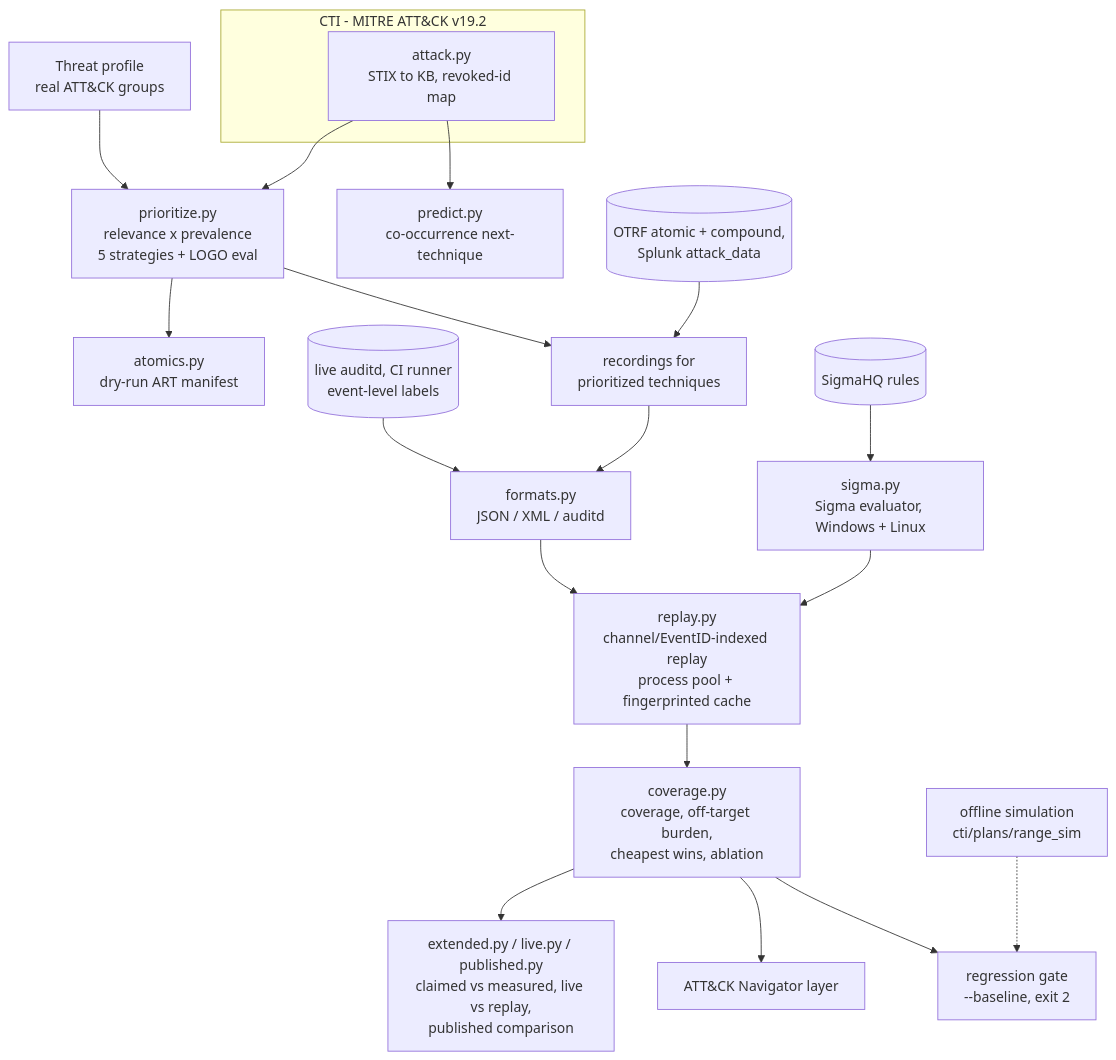
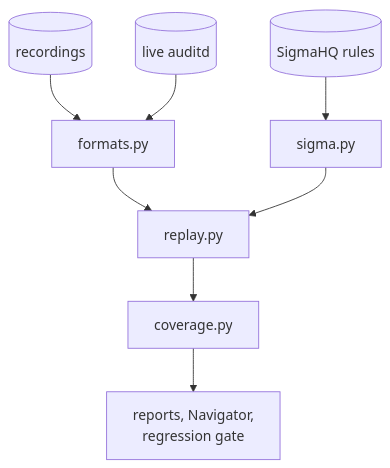
The second of 2 diagrams in README.md (rakshit-737/gauntlet), drawn with Mermaid before and after one commit. The commit also changed other lines of this file, not shown here.

Commit message:
docs(readme): use the split architecture diagrams and the synced module table

````diff
--- a/README.md
+++ b/README.md
@@ -81,22 +97,10 @@
 ```mermaid
 flowchart TB
-  subgraph CTI["CTI - MITRE ATT&CK v19.2"]
-    KB["attack.py<br/>STIX to KB, revoked-id map"]
-  end
-  TP["Threat profile<br/>real ATT&CK groups"] --> PR
-  KB --> PR["prioritize.py<br/>relevance x prevalence<br/>5 strategies + LOGO eval"]
-  KB --> PRED["predict.py<br/>co-occurrence next-technique"]
-  PR --> PLAN["atomics.py<br/>dry-run ART manifest"]
-  PR --> SEL["recordings for<br/>prioritized techniques"]
-  REC[("OTRF atomic + compound,<br/>Splunk attack_data")] --> SEL
-  LIVE[("live auditd, CI runner<br/>event-level labels")] --> FMT["formats.py<br/>JSON / XML / auditd"]
-  SEL --> FMT
-  FMT --> RP["replay.py<br/>channel/EventID-indexed replay<br/>process pool + fingerprinted cache"]
-  SIG[("SigmaHQ rules")] --> SE["sigma.py<br/>Sigma evaluator, Windows + Linux"]
+  REC[("recordings")] --> FMT["formats.py"]
+  LIVE[("live auditd")] --> FMT
+  SIG[("SigmaHQ rules")] --> SE["sigma.py"]
+  FMT --> RP["replay.py"]
   SE --> RP
-  RP --> COV["coverage.py<br/>coverage, off-target burden,<br/>cheapest wins, ablation"]
-  COV --> EXT["extended.py / live.py / published.py<br/>claimed vs measured, live vs replay,<br/>published comparison"]
-  COV --> NAV["ATT&CK Navigator layer"]
-  COV --> REG["regression gate<br/>--baseline, exit 2"]
-  SIM["offline simulation<br/>cti/plans/range_sim"] -.-> REG
+  RP --> COV["coverage.py"]
+  COV --> OUT["reports, Navigator,<br/>regression gate"]
 ```
````
